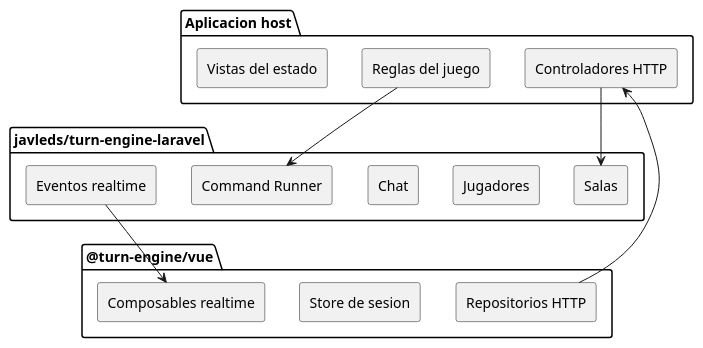
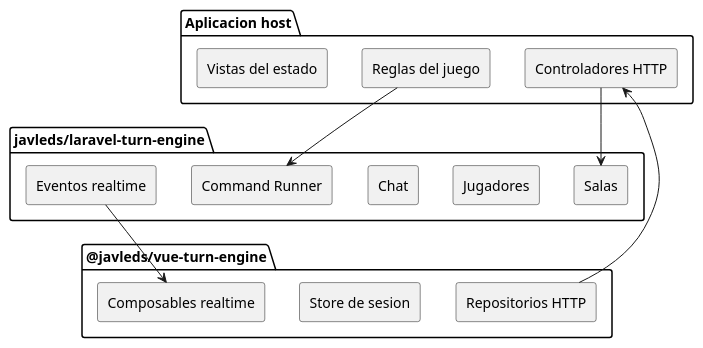
Before and after one commit to javleds/laravel-game-engine: the diagram in README.es.md, drawn with PlantUML. The commit also changed other lines of this file and 2 other files, not shown here.

Commit message:
build: rename composer package

````diff
--- a/README.es.md
+++ b/README.es.md
@@ -20,30 +20,30 @@
 ```plantuml
 @startuml
 skinparam componentStyle rectangle
 
 package "Aplicacion host" {
   [Reglas del juego]
   [Controladores HTTP]
   [Vistas del estado]
 }
 
-package "javleds/turn-engine-laravel" {
+package "javleds/laravel-turn-engine" {
   [Salas]
   [Jugadores]
   [Chat]
   [Command Runner]
   [Eventos realtime]
 }
 
-package "@turn-engine/vue" {
+package "@javleds/vue-turn-engine" {
   [Repositorios HTTP]
   [Store de sesion]
   [Composables realtime]
 }
 
 [Reglas del juego] --> [Command Runner]
 [Controladores HTTP] --> [Salas]
 [Eventos realtime] --> [Composables realtime]
 [Repositorios HTTP] --> [Controladores HTTP]
 @enduml
 ```
````
